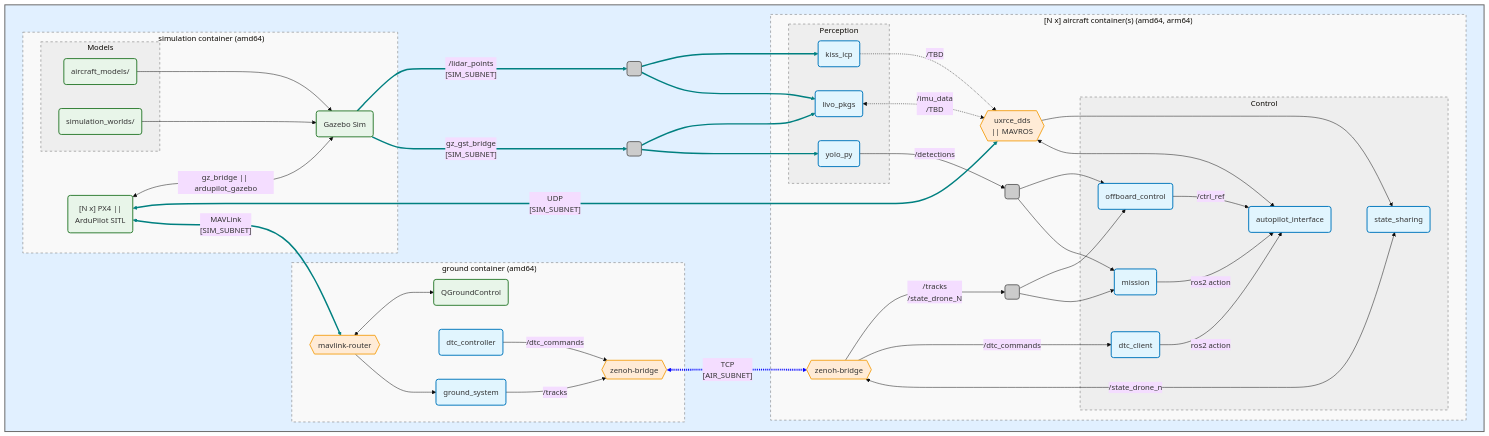
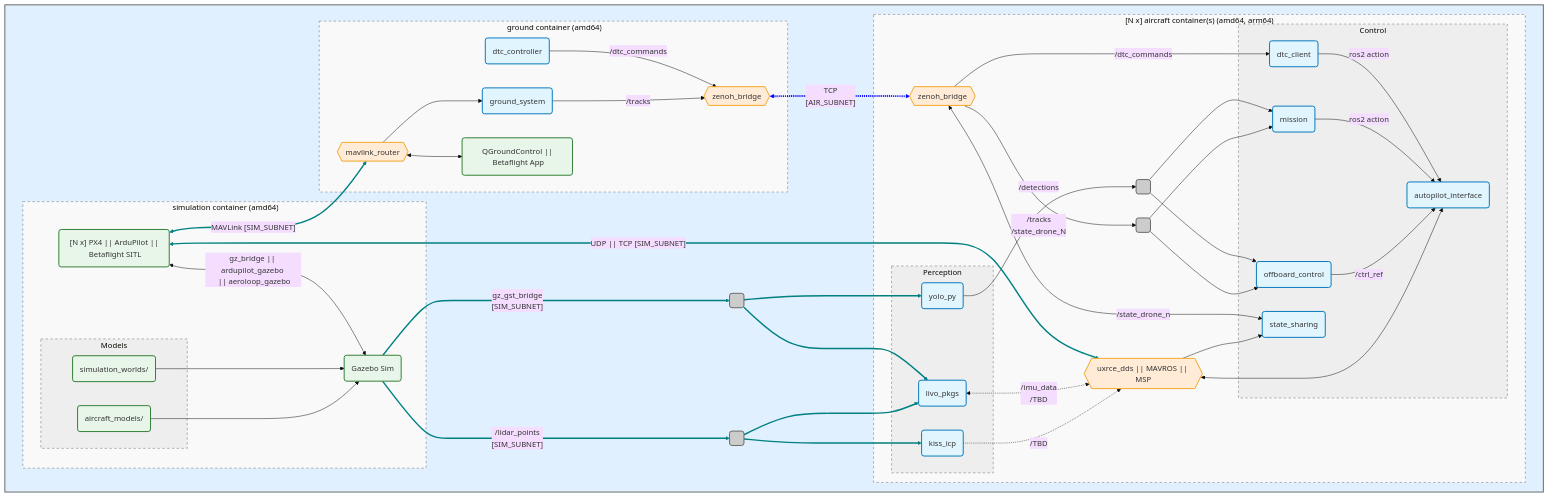
Before and after one commit to JacopoPan/aerial-autonomy-stack: the diagram in README.md, drawn with Mermaid. The commit also changed other lines of this file and 45 other files, not shown here.

First line of the commit message:
Multi-drone Betaflight SITL Simulation with ROS2 Interface (#192)

````diff
--- a/README.md
+++ b/README.md
@@ -352,9 +353,9 @@
 ```mermaid
-%%{init: {'theme': 'base', 'themeVariables': { 'fontFamily': 'monospace'}}}%%
+%%{init: {'theme': 'base', 'flowchart': {'wrappingWidth': 200}, 'themeVariables': { 'fontFamily': 'monospace'}}}%%
 flowchart TB
     subgraph aas [" "]
         subgraph sim ["#nbsp;simulation#nbsp;container#nbsp;(amd64)"]
-            sitl("[N x] PX4 || <br/> ArduPilot SITL"):::resource
+            sitl("[N x] PX4 || ArduPilot ||#nbsp;Betaflight#nbsp;SITL"):::resource
             gz(Gazebo Sim):::resource
             subgraph models [Models]
                 drones(aircraft_models/):::resource
@@ -363,15 +364,15 @@
 
             drones --> gz
             worlds --> gz
-            sitl <--> |"gz_bridge || ardupilot_gazebo"| gz
+            sitl <--> |"gz_bridge || ardupilot_gazebo <br/> || aeroloop_gazebo"| gz
         end
 
         subgraph gnd ["#nbsp;ground#nbsp;container#nbsp;(amd64)"]
-            mlrouter{{mavlink-router}}:::bridge
+            mlrouter{{mavlink_router}}:::bridge
             ground_system(ground_system):::algo
             dtc_controller(dtc_controller):::algo
-            qgc(QGroundControl):::resource
-            zenoh_gnd{{zenoh-bridge}}:::bridge
+            qgc("QGroundControl#nbsp;||#nbsp;Betaflight#nbsp;App"):::resource
+            zenoh_gnd{{zenoh_bridge}}:::bridge
 
             ground_system --> |"/tracks"| zenoh_gnd
             dtc_controller --> |"/dtc_commands"| zenoh_gnd
@@ -385,7 +386,7 @@
                 kiss_icp(kiss_icp):::algo
                 livo_pkgs(livo_pkgs):::algo
             end
-            zenoh_air{{zenoh-bridge}}:::bridge
+            zenoh_air{{zenoh_bridge}}:::bridge
             subgraph control [Control]
                 dtc_client(dtc_client):::algo
                 mission(mission):::algo
@@ -396,7 +397,7 @@
             detection_split( ):::splitNode
             track_split( ):::splitNode
 
-            ap_link{{"uxrce_dds <br/> || MAVROS"}}:::bridge
+            ap_link{{"uxrce_dds || MAVROS#nbsp;|| MSP"}}:::bridge
             kiss_icp -.-> |"/TBD"| ap_link
             livo_pkgs <-.-> |"/imu_data <br/> /TBD"| ap_link
             zenoh_air --> |"/tracks <br/> /state_drone_N"| track_split
@@ -412,7 +413,6 @@
             mission --> |"ros2 action"| autopilot_interface
             dtc_client --> |"ros2 action"| autopilot_interface
             zenoh_air <--> |"/state_drone_n"| state_sharing
-            autopilot_interface ~~~ state_sharing
         end
         lidar_split( ):::splitNode
         camera_split( ):::splitNode
@@ -424,8 +424,8 @@
     gz --> |"gz_gst_bridge <br/> [SIM_SUBNET]"| camera_split
     camera_split --> livo_pkgs
     camera_split -->  yolo_py
-    sitl <--> |"UDP <br/> [SIM_SUBNET]"| ap_link
-    sitl <--> |"MAVLink <br/> [SIM_SUBNET]"| mlrouter 
+    sitl <--> |"UDP || TCP [SIM_SUBNET]"| ap_link
+    sitl <--> |"MAVLink [SIM_SUBNET]"| mlrouter
     zenoh_gnd <-.-> |"TCP <br/> [AIR_SUBNET]"| zenoh_air
 
     classDef bridge fill:#ffebd6,stroke:#f5a623,stroke-width:2px;
@@ -435,5 +435,5 @@
     classDef blueStyle  fill:#e1f0ff,stroke:#666,stroke-width:2px; class aas blueStyle;
     classDef whiteStyle fill:#f9f9f9,stroke:#666,stroke-width:1px,stroke-dasharray: 5 5; class air,gnd,sim whiteStyle;
     classDef greyStyle  fill:#eeeeee,stroke:#666,stroke-width:1px,stroke-dasharray: 5 5; class perception,control,models greyStyle;
-    linkStyle 23,24,25,26,27,28,29,30 stroke:teal,stroke-width:3px; linkStyle 31 stroke:blue,stroke-width:4px;
+    linkStyle 22,23,24,25,26,27,28,29 stroke:teal,stroke-width:3px; linkStyle 30 stroke:blue,stroke-width:4px;
 ```
````
